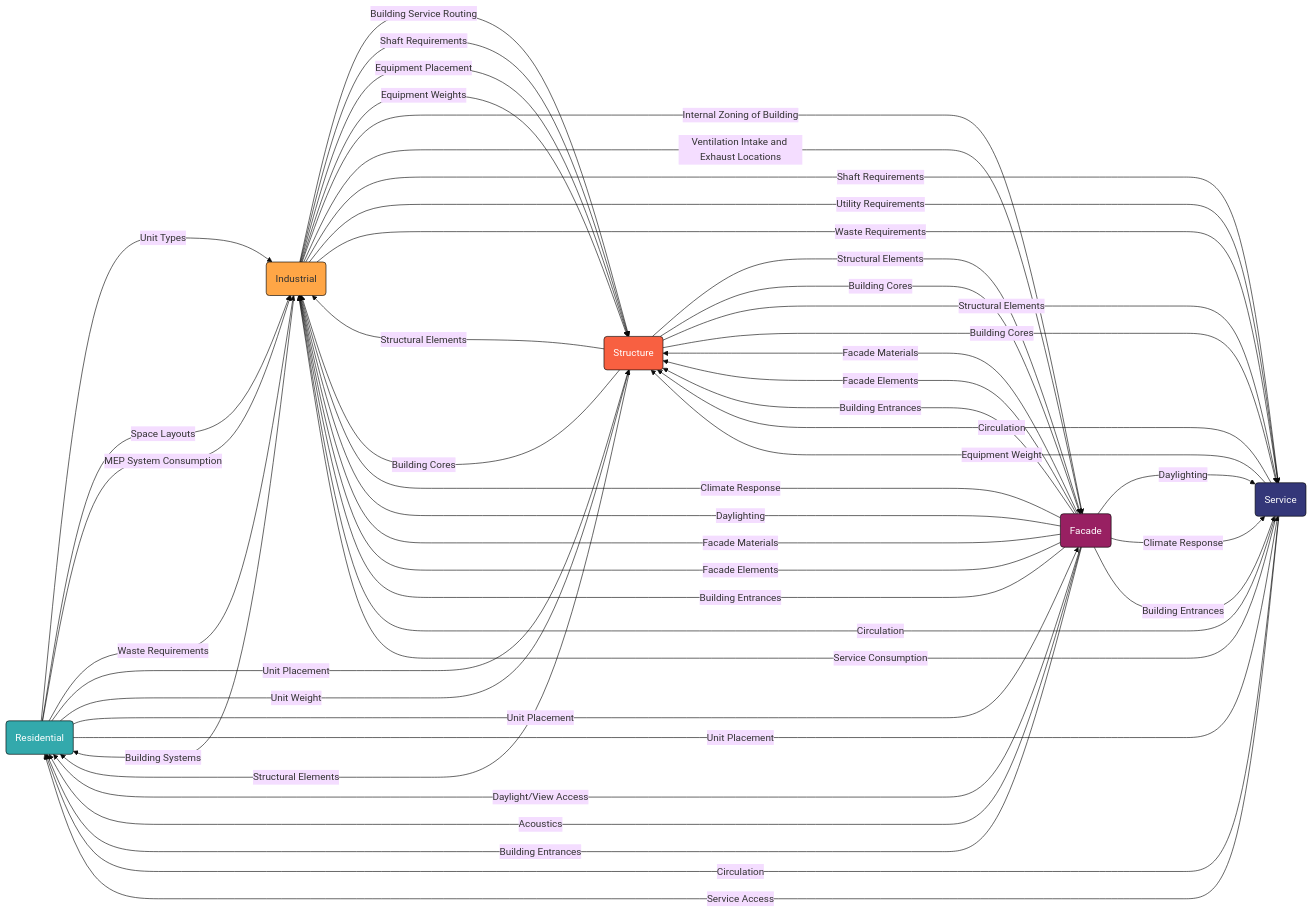
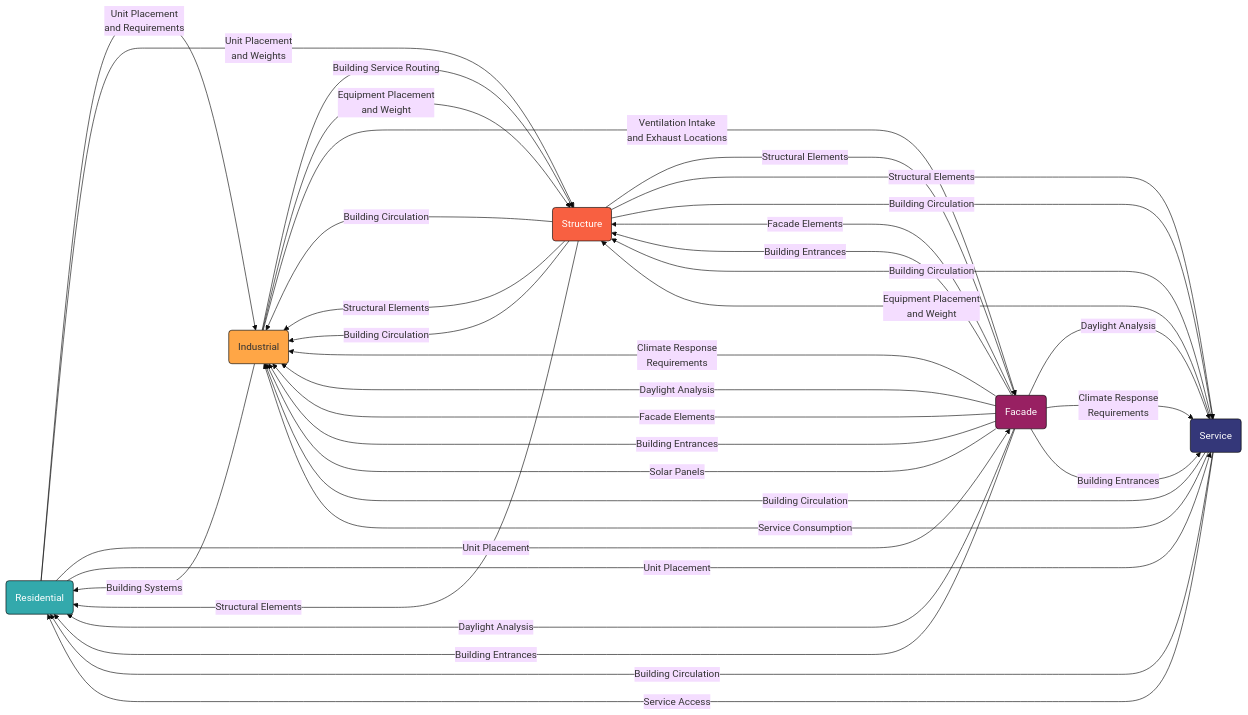
The first of 4 diagrams in Notes/scl_notes.md (sclebow-iaac/bimsc25_studio-a_team-7), drawn with Mermaid (base theme) before and after one commit. The commit also changed 87 other files, not shown here.

Commit message:
Add mermaid diagrams for service, industrial, facade, and structure interactions; remove obsolete chart files

````diff
--- a/Notes/scl_notes.md
+++ b/Notes/scl_notes.md
@@ -168,74 +168,61 @@
 ```mermaid
     graph LR
 
-    Residential(Residential) -- Unit Types ---> Industrial(Industrial)
-    Residential(Residential) -- Space Layouts ---> Industrial(Industrial)
-    Residential(Residential) -- MEP System Consumption ---> Industrial(Industrial)
-    Residential(Residential) -- Waste Requirements ---> Industrial(Industrial)
+    Residential(Residential) -- Unit Placement<br>and Requirements ---> Industrial(Industrial)
 
-    Residential(Residential) -- Unit Placement ---> Structure(Structure)
-    Residential(Residential) -- Unit Weight ---> Structure(Structure)
+    Residential(Residential) -- Unit Placement<br> and Weights ---> Structure(Structure)
 
     Residential(Residential) -- Unit Placement ---> Facade(Facade)
 
     Residential(Residential) -- Unit Placement ---> Service(Service)
 
     Industrial(Industrial) -- Building Systems ---> Residential(Residential)
 
     Industrial(Industrial) -- Building Service Routing ---> Structure(Structure)
-    Industrial(Industrial) -- Shaft Requirements ---> Structure(Structure)
-    Industrial(Industrial) -- Equipment Placement ---> Structure(Structure)
-    Industrial(Industrial) -- Equipment Weights ---> Structure(Structure)
+    Industrial(Industrial) -- Equipment Placement<br> and Weight ---> Structure(Structure)
 
-    Industrial(Industrial) -- Internal Zoning of Building ---> Facade(Facade)
-    Industrial(Industrial) -- Ventilation Intake and Exhaust Locations ---> Facade(Facade)
-
-    Industrial(Industrial) -- Shaft Requirements ---> Service(Service)
-    Industrial(Industrial) -- Utility Requirements ---> Service(Service)
-    Industrial(Industrial) -- Waste Requirements ---> Service(Service)
+    Industrial(Industrial) -- Ventilation Intake <br>and Exhaust Locations ---> Facade(Facade)
 
     Structure(Structure) -- Structural Elements ---> Residential(Residential)
+    Structure(Structure) -- Building Circulation ---> Industrial(Industrial)
 
     Structure(Structure) -- Structural Elements ---> Industrial(Industrial)
-    Structure(Structure) -- Building Cores ---> Industrial(Industrial)
+    Structure(Structure) -- Building Circulation ---> Industrial(Industrial)
 
     Structure(Structure) -- Structural Elements ----> Facade(Facade)
-    Structure(Structure) -- Building Cores ----> Facade(Facade)
 
     Structure(Structure) -- Structural Elements ---> Service(Service)
-    Structure(Structure) -- Building Cores ---> Service(Service)
+    Structure(Structure) -- Building Circulation ---> Service(Service)
 
-    Facade(Facade) -- Daylight/View Access ---> Residential(Residential)
-    Facade(Facade) -- Acoustics ---> Residential(Residential)
+    Facade(Facade) -- Daylight Analysis ---> Residential(Residential)
     Facade(Facade) -- Building Entrances ---> Residential(Residential)
 
-    Facade(Facade) -- Climate Response ---> Industrial(Industrial)
-    Facade(Facade) -- Daylighting ---> Industrial(Industrial)
-    Facade(Facade) -- Facade Materials ---> Industrial(Industrial)
+    Facade(Facade) -- Climate Response<br>Requirements ---> Industrial(Industrial)
+    Facade(Facade) -- Daylight Analysis ---> Industrial(Industrial)
     Facade(Facade) -- Facade Elements ---> Industrial(Industrial)
     Facade(Facade) -- Building Entrances ---> Industrial(Industrial)
+    Facade(Facade) -- Solar Panels ---> Industrial(Industrial)
 
-    Facade(Facade) -- Facade Materials ---> Structure(Structure)
     Facade(Facade) -- Facade Elements ---> Structure(Structure)
     Facade(Facade) -- Building Entrances ---> Structure(Structure)
 
-    Facade(Facade) -- Daylighting ---> Service(Service)
-    Facade(Facade) -- Climate Response ---> Service(Service)
+    Facade(Facade) -- Daylight Analysis ---> Service(Service)
+    Facade(Facade) -- Climate Response<br>Requirements ---> Service(Service)
     Facade(Facade) -- Building Entrances ---> Service(Service)
 
-    Service(Service) -- Circulation ---> Residential(Residential)
+    Service(Service) -- Building Circulation ---> Residential(Residential)
     Service(Service) -- Service Access ---> Residential(Residential)
 
-    Service(Service) -- Circulation ---> Industrial(Industrial)
+    Service(Service) -- Building Circulation ---> Industrial(Industrial)
     Service(Service) -- Service Consumption ---> Industrial(Industrial)
 
-    Service(Service) -- Circulation ---> Structure(Structure)
-    Service(Service) -- Equipment Weight ---> Structure(Structure)
+    Service(Service) -- Building Circulation ---> Structure(Structure)
+    Service(Service) -- Equipment Placement<br> and Weight ---> Structure(Structure)
     
     style Residential fill:#33a9ac, stroke:black, color:#fff
     style Industrial fill:#ffa646, stroke:black
     style Structure fill:#f86041, stroke:black, color:#fff
     style Facade fill:#982062, stroke:black, color:#fff
     style Service fill:#343779, stroke:black, color:#fff
     
 ```
````
